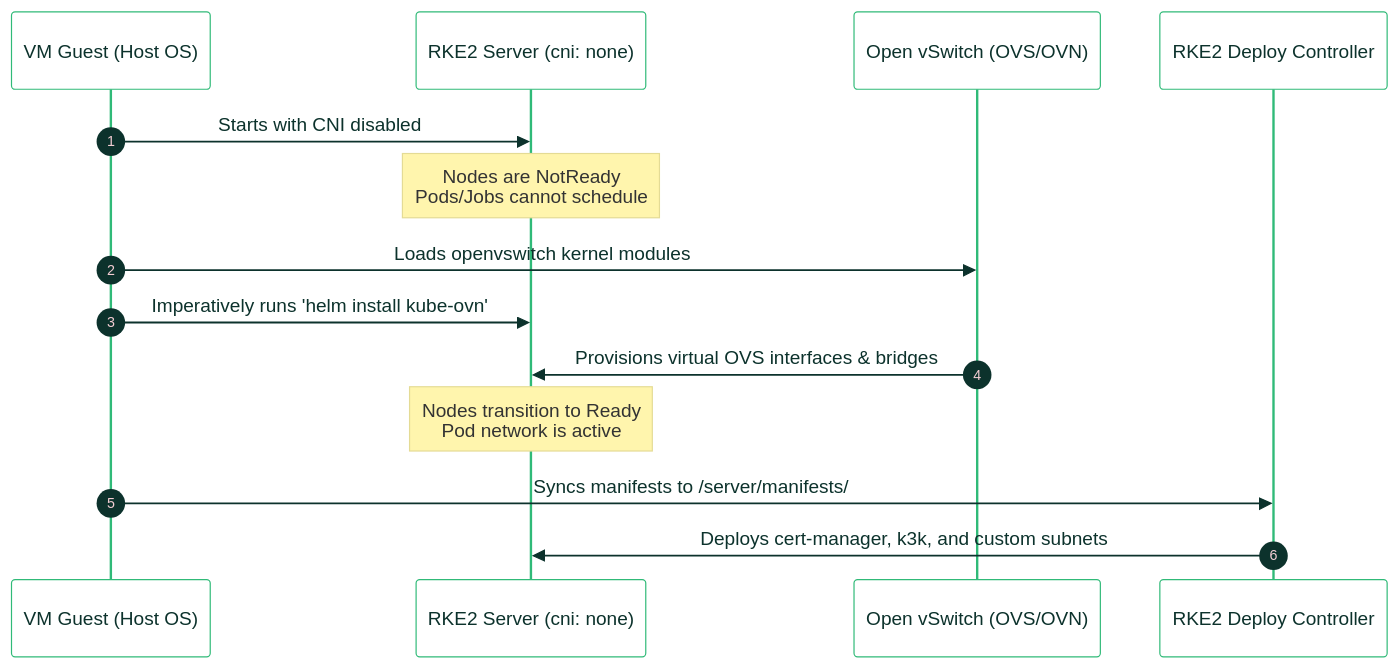
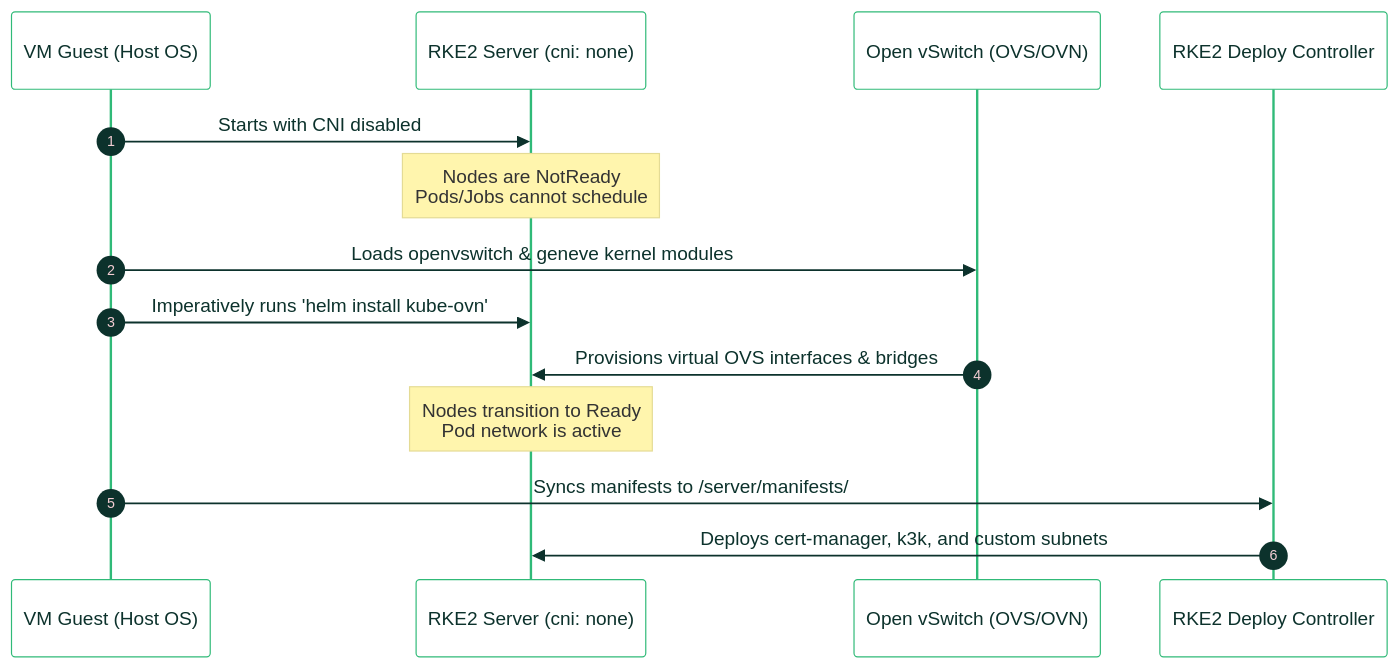
Before and after one commit to coulof/k3k-kube-ovn: the diagram in README.md, drawn with Mermaid. The commit also changed other lines of this file, not shown here.

Commit message:
docs: include geneve kernel module in architecture diagram

````diff
--- a/README.md
+++ b/README.md
@@ -38,36 +38,36 @@
 ```mermaid
 %%{init: {
   'theme': 'base',
   'themeVariables': {
     'fontFamily': 'SUSE, sans-serif',
     'fontSize': '14px',
     'primaryColor': '#30ba78',
     'primaryTextColor': '#0c322c',
     'primaryBorderColor': '#30ba78',
     'lineColor': '#0c322c',
     'secondaryColor': '#0c322c',
     'tertiaryColor': '#90ebcd',
     'mainBkg': '#ffffff',
     'nodeBorder': '#0c322c',
     'clusterBkg': '#efefef',
     'clusterBorder': '#90ebcd',
     'titleColor': '#0c322c',
     'edgeLabelBackground':'#ffffff'
   }
 } }%%
 sequenceDiagram
     autonumber
     participant Guest as VM Guest (Host OS)
     participant RKE2 as RKE2 Server (cni: none)
     participant OVS as Open vSwitch (OVS/OVN)
     participant Deploy as RKE2 Deploy Controller
 
     Guest->>RKE2: Starts with CNI disabled
     Note over RKE2: Nodes are NotReady<br/>Pods/Jobs cannot schedule
-    Guest->>OVS: Loads openvswitch kernel modules
+    Guest->>OVS: Loads openvswitch & geneve kernel modules
     Guest->>RKE2: Imperatively runs 'helm install kube-ovn'
     OVS->>RKE2: Provisions virtual OVS interfaces & bridges
     Note over RKE2: Nodes transition to Ready<br/>Pod network is active
     Guest->>Deploy: Syncs manifests to /server/manifests/
     Deploy->>RKE2: Deploys cert-manager, k3k, and custom subnets
 ```
````
